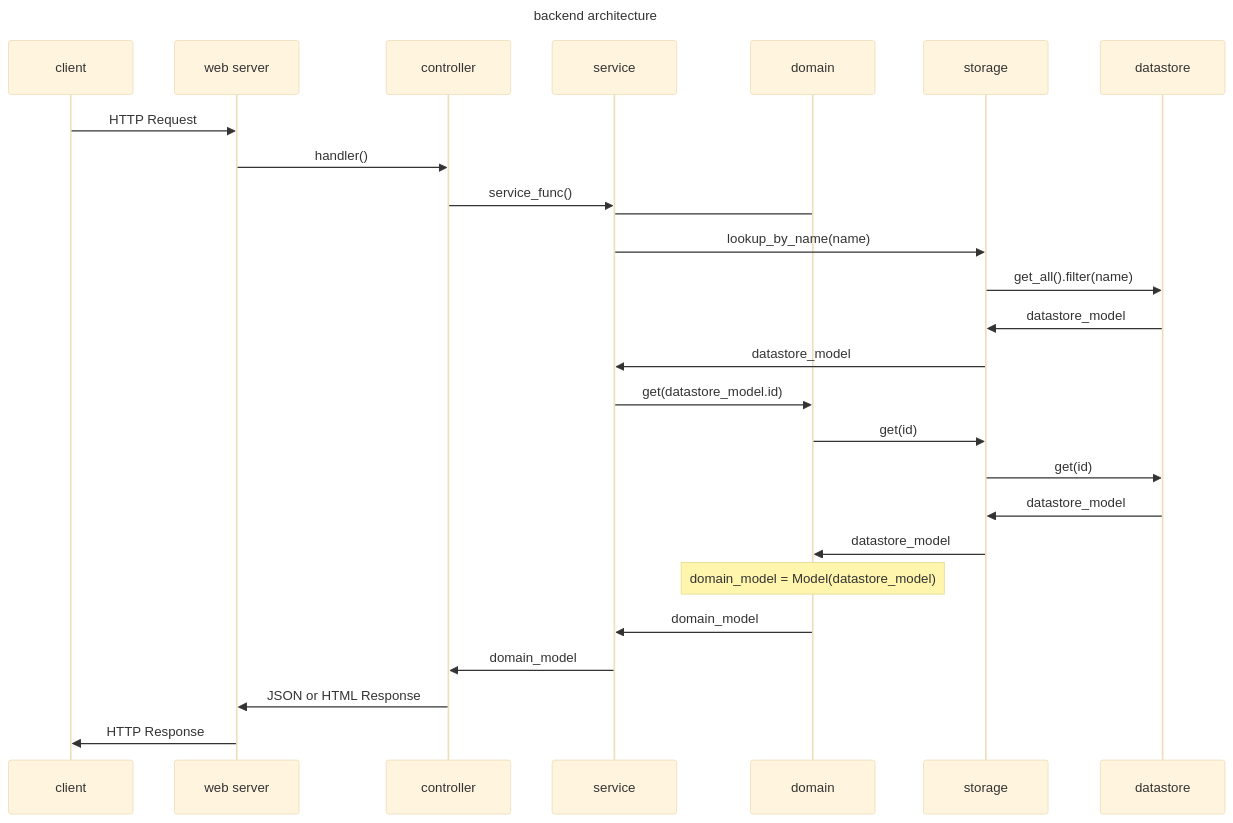
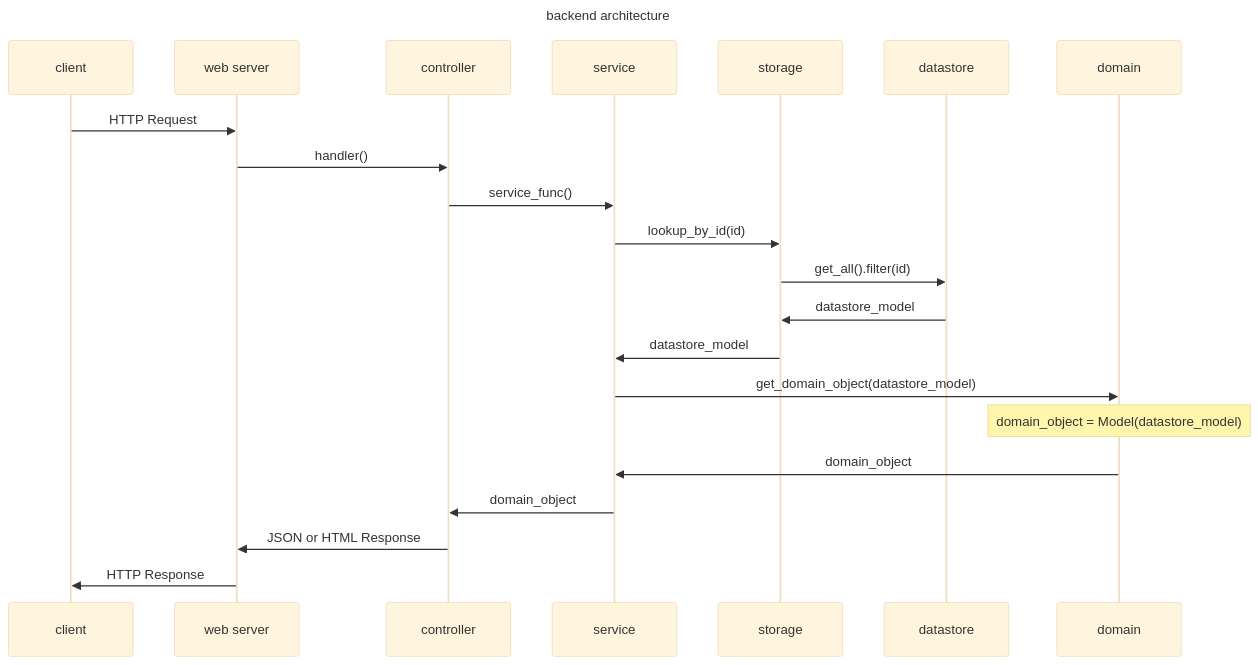
One commit to oppia/oppia-web-developer-docs changed the second of 3 diagrams in Overview-of-the-Oppia-codebase.md. Above: the diagram before and after it, drawn with Mermaid (base theme).

````diff
--- a/Overview-of-the-Oppia-codebase.md
+++ b/Overview-of-the-Oppia-codebase.md
@@ -59,24 +59,19 @@
 ```mermaid
 ---
 title: backend architecture
 ---
 sequenceDiagram
     client->>web server: HTTP Request
     web server->>controller: handler()
     controller->>service: service_func()
-    service->domain: 
-    service->>storage: lookup_by_name(name)
-    storage->>datastore: get_all().filter(name)
+    service->>storage: lookup_by_id(id)
+    storage->>datastore: get_all().filter(id)
     datastore->>storage: datastore_model
     storage->>service: datastore_model
-    service->>domain: get(datastore_model.id)
-    domain->>storage: get(id)
-    storage->>datastore: get(id)
-    datastore->> storage: datastore_model
-    storage->>domain: datastore_model
-    Note over domain: domain_model = Model(datastore_model)
-    domain->>service: domain_model
-    service->>controller: domain_model
+    service->>domain: get_domain_object(datastore_model)
+    Note over domain: domain_object = Model(datastore_model)
+    domain->>service: domain_object
+    service->>controller: domain_object
     controller->>web server: JSON or HTML Response
     web server->>client: HTTP Response
 ```
````
